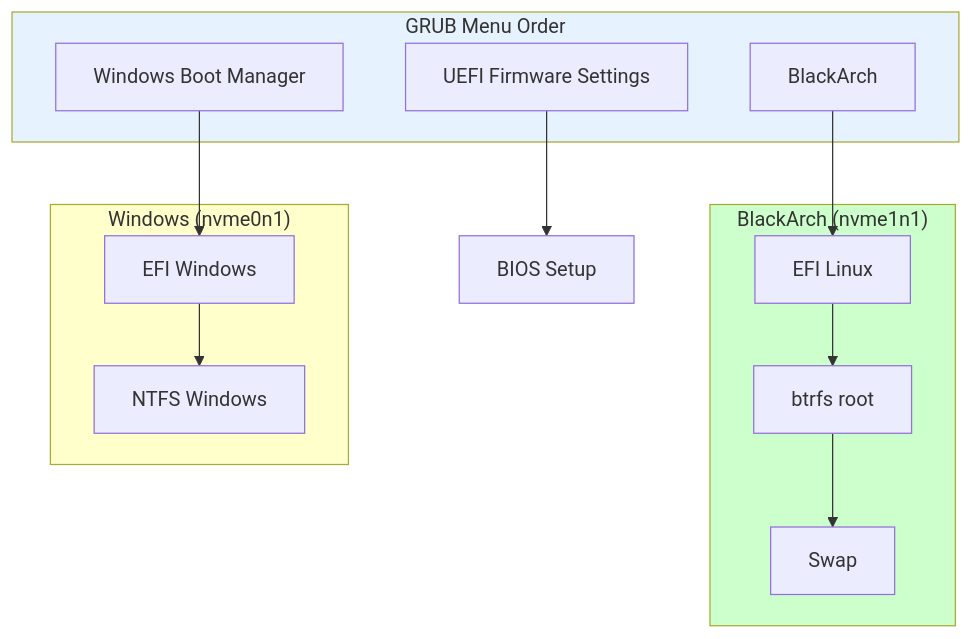
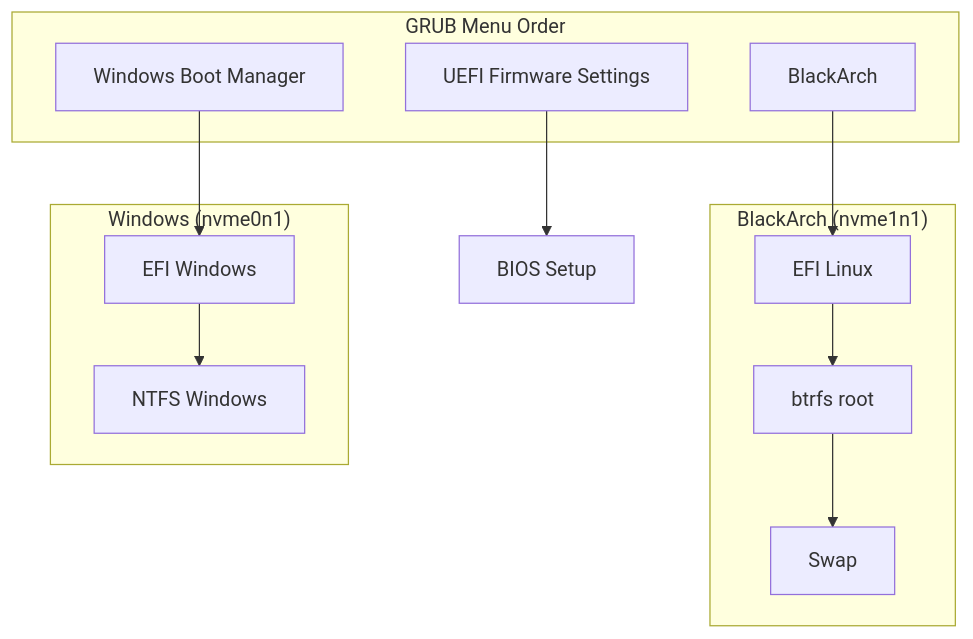
Before and after one commit to 444Nazky/My-Vault: the third of 5 diagrams in System/System-Architecture.md, drawn with Mermaid. The commit also changed other lines of this file and 36 other files, not shown here.

````diff
--- a/System/System-Architecture.md
+++ b/System/System-Architecture.md
@@ -102,32 +98,30 @@
 ```mermaid
 graph TB
     subgraph Boot["GRUB Menu Order"]
         M1[BlackArch]
         M2[Windows Boot Manager]
         M3[UEFI Firmware Settings]
     end
 
     subgraph Linux["BlackArch (nvme1n1)"]
         L1["EFI Linux"]
         L2["btrfs root"]
         L3[Swap]
     end
 
     subgraph Windows["Windows (nvme0n1)"]
         W1["EFI Windows"]
         W2["NTFS Windows"]
     end
 
     M1 --> L1
     L1 --> L2
     L2 --> L3
 
     M2 --> W1
     W1 --> W2
 
     M3 --> FW[BIOS Setup]
 
-    style Boot fill:#e6f3ff
-    style Linux fill:#ccffcc
-    style Windows fill:#ffffcc
+
 ```
````
